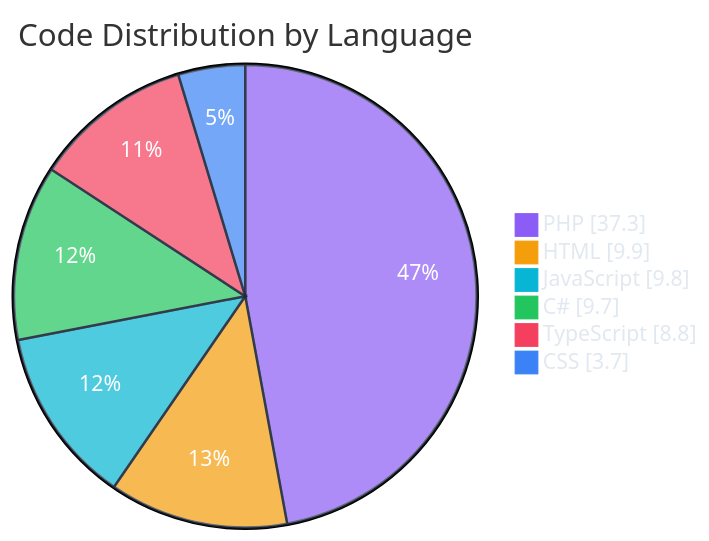
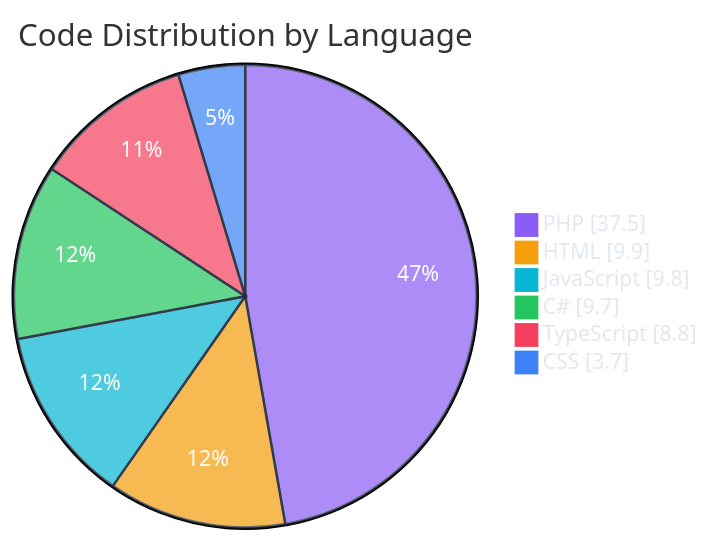
The second of 7 diagrams in README.md (polo-nyan/polo-nyan), drawn with Mermaid before and after one commit. The commit also changed other lines of this file and 1 other file, not shown here.

````diff
--- a/README.md
+++ b/README.md
@@ -182,11 +182,11 @@
 ```mermaid
 %%{init: {"theme": "base", "themeVariables": { "pie1": "#8b5cf6", "pie2": "#f59e0b", "pie3": "#06b6d4", "pie4": "#22c55e", "pie5": "#f43f5e", "pie6": "#3b82f6", "pie7": "#ec4899", "pieTextColor": "#ffffff", "pieLegendTextColor": "#e2e8f0", "pieSectionTextColor": "#ffffff", "pieStrokeColor": "#1e293b" }}}%%
 pie showData
     title Code Distribution by Language
-    "PHP" : 37.3
+    "PHP" : 37.5
     "HTML" : 9.9
     "JavaScript" : 9.8
     "C#" : 9.7
     "TypeScript" : 8.8
     "CSS" : 3.7
 ```
````
